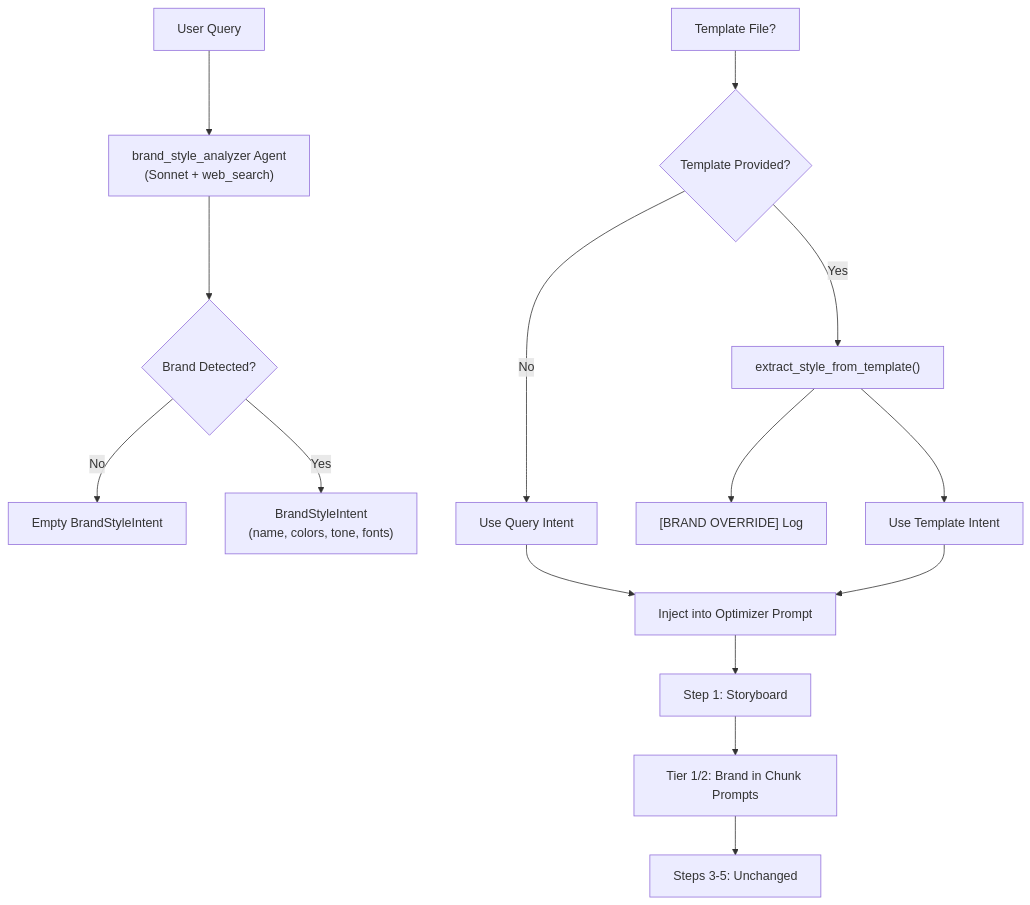
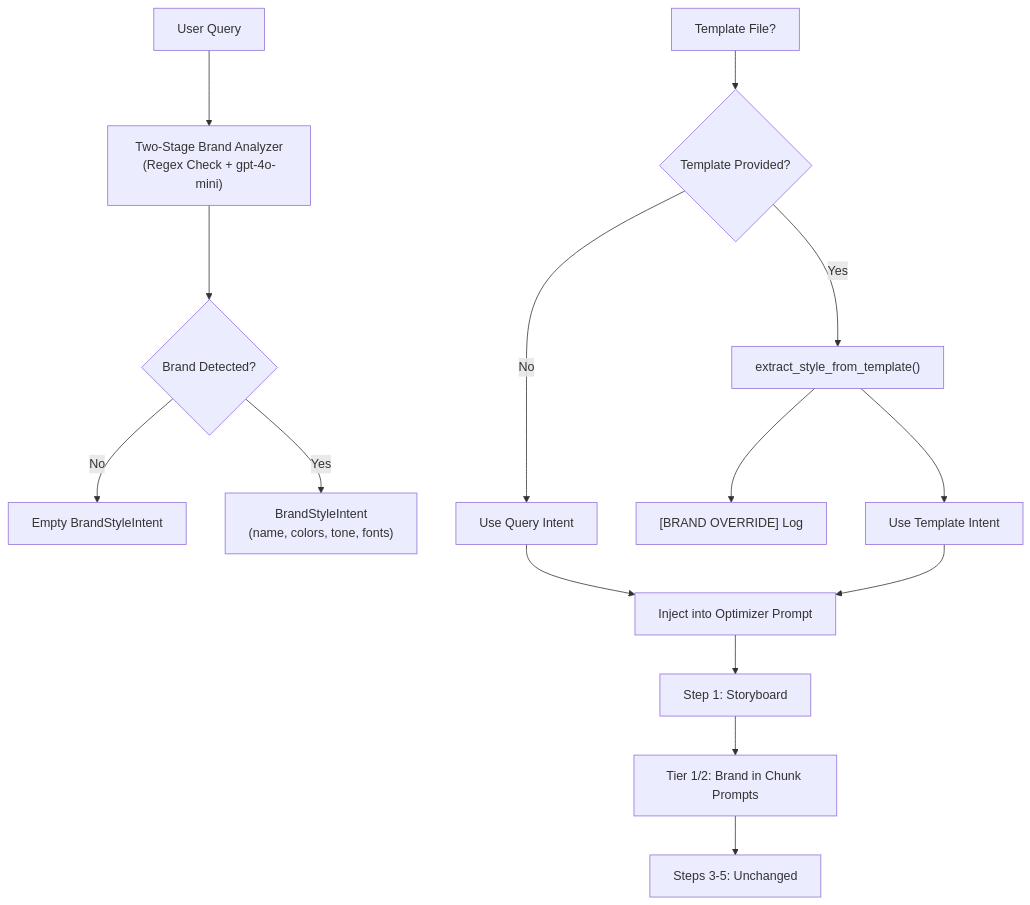
The third of 3 diagrams in cookbook/90_models/anthropic/skills/powerpoint_workflow_demo_v2/ARCHITECTURE_powerpoint_chunked_workflow.md (cloudbloqavi/agno), drawn with Mermaid before and after one commit. The commit also changed other lines of this file and 11 other files, not shown here.

````diff
--- a/cookbook/90_models/anthropic/skills/powerpoint_workflow_demo_v2/ARCHITECTURE_powerpoint_chunked_workflow.md
+++ b/cookbook/90_models/anthropic/skills/powerpoint_workflow_demo_v2/ARCHITECTURE_powerpoint_chunked_workflow.md
@@ -997,19 +1059,19 @@
 ```mermaid
 flowchart TD
-    A["User Query"] --> B["brand_style_analyzer Agent<br/>(Sonnet + web_search)"]
+    A["User Query"] --> B["Two-Stage Brand Analyzer<br/>(Regex Check + gpt-4o-mini)"]
     B --> C{"Brand Detected?"}
     C -->|No| D["Empty BrandStyleIntent"]
     C -->|Yes| E["BrandStyleIntent<br/>(name, colors, tone, fonts)"]
     
     F["Template File?"] --> G{"Template Provided?"}
     G -->|No| H["Use Query Intent"]
     G -->|Yes| I["extract_style_from_template()"]
     I --> J["[BRAND OVERRIDE] Log"]
     I --> K["Use Template Intent"]
     
     H --> L["Inject into Optimizer Prompt"]
     K --> L
     L --> M["Step 1: Storyboard"]
     M --> N["Tier 1/2: Brand in Chunk Prompts"]
     N --> O["Steps 3-5: Unchanged"]
 ```
````
